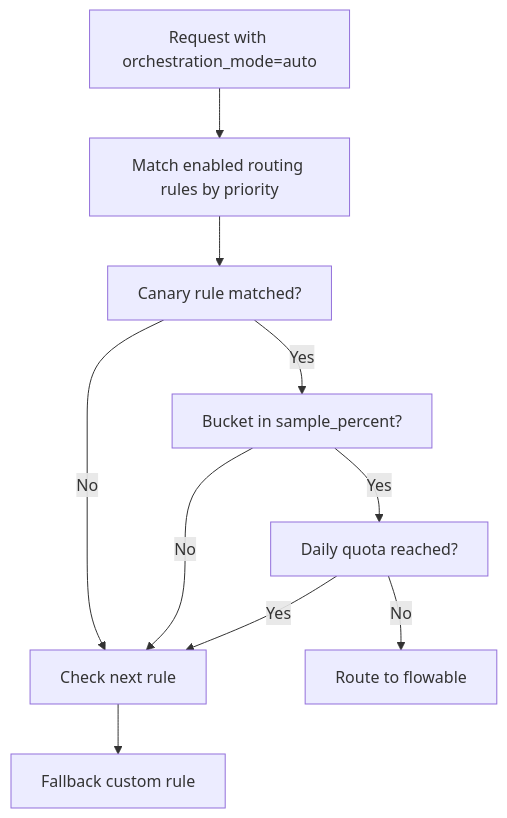
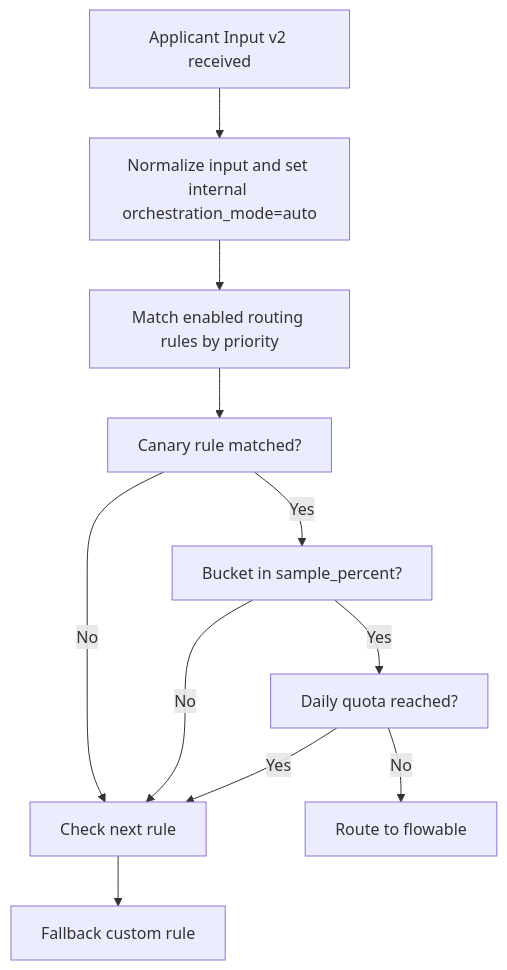
Before and after one commit to dlllmbeck777/bpmn_project: the sixth of 6 diagrams in docs/ARCHITECTURE_C4_RU.md, drawn with Mermaid. The commit also changed 10 other files, not shown here.

Commit message:
Rewrite docs for Applicant Input v2 contract

````diff
--- a/docs/ARCHITECTURE_C4_RU.md
+++ b/docs/ARCHITECTURE_C4_RU.md
@@ -262,12 +262,13 @@
 ```mermaid
 flowchart TD
-    Start["Request with orchestration_mode=auto"] --> Match["Match enabled routing rules by priority"]
+    Start["Applicant Input v2 received"] --> Normalize["Normalize input and set internal orchestration_mode=auto"]
+    Normalize --> Match["Match enabled routing rules by priority"]
     Match --> Canary["Canary rule matched?"]
     Canary -->|No| Next["Check next rule"]
     Canary -->|Yes| Percent["Bucket in sample_percent?"]
     Percent -->|No| Next
     Percent -->|Yes| Quota["Daily quota reached?"]
     Quota -->|Yes| Next
     Quota -->|No| Flowable["Route to flowable"]
     Next --> Custom["Fallback custom rule"]
 ```
````
